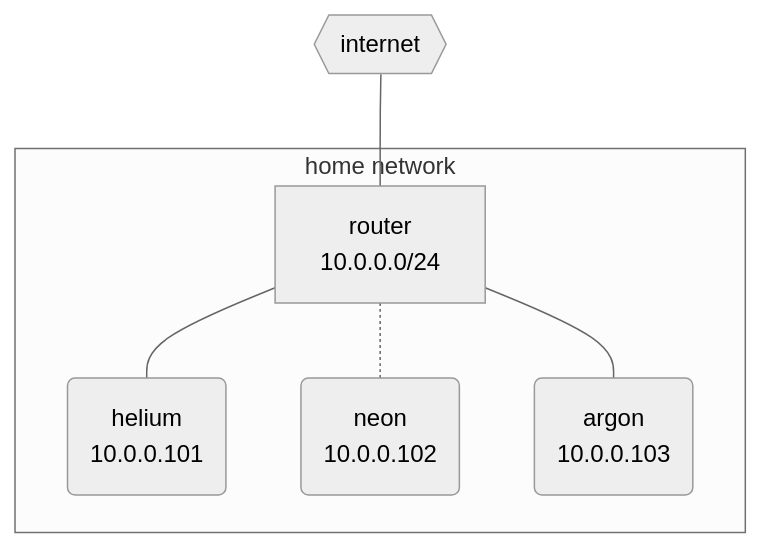
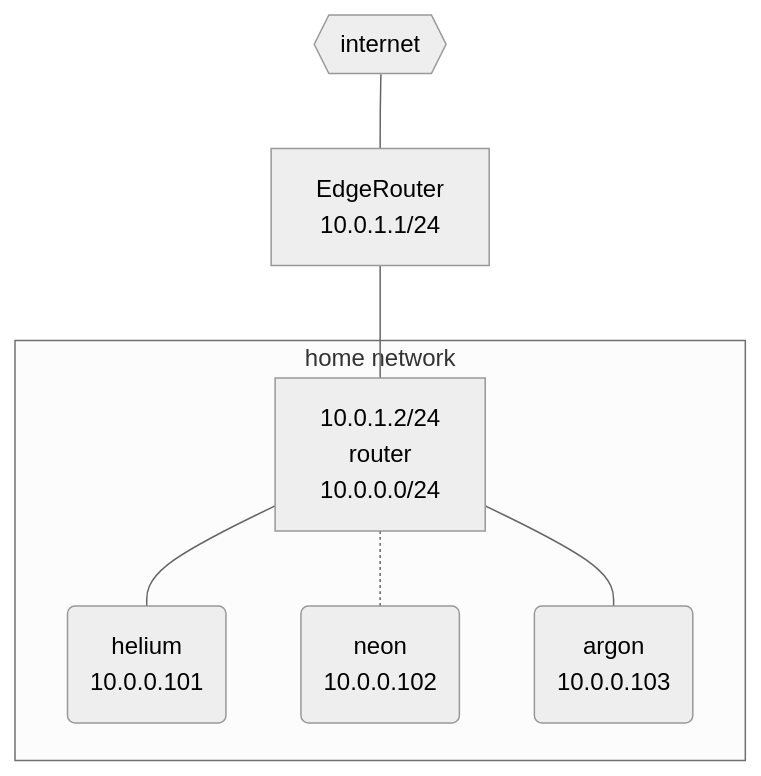
One commit to kszakharov/home changed the diagram in README.md. Above: the diagram before and after it, drawn with Mermaid (neutral theme). The commit also changed 3 other files, not shown here.

````diff
--- a/README.md
+++ b/README.md
@@ -5,16 +5,18 @@
 ```mermaid
 graph TD
     internet{{<center>internet</center>}}
-    router[<center>router<br>10.0.0.0/24</center>]
+    krypton[<center>EdgeRouter<br>10.0.1.1/24</center>]
+    router[<center>10.0.1.2/24<br>router<br>10.0.0.0/24</center>]
     helium(<center>helium<br>10.0.0.101</center>)
     neon(<center>neon<br>10.0.0.102</center>)
     argon(<center>argon<br>10.0.0.103</center>)
 
-    internet---router
+    internet---krypton
+    krypton---router
 
     subgraph "home network"
         router---helium
         router-.-neon
         router---argon
     end
 ```
````
